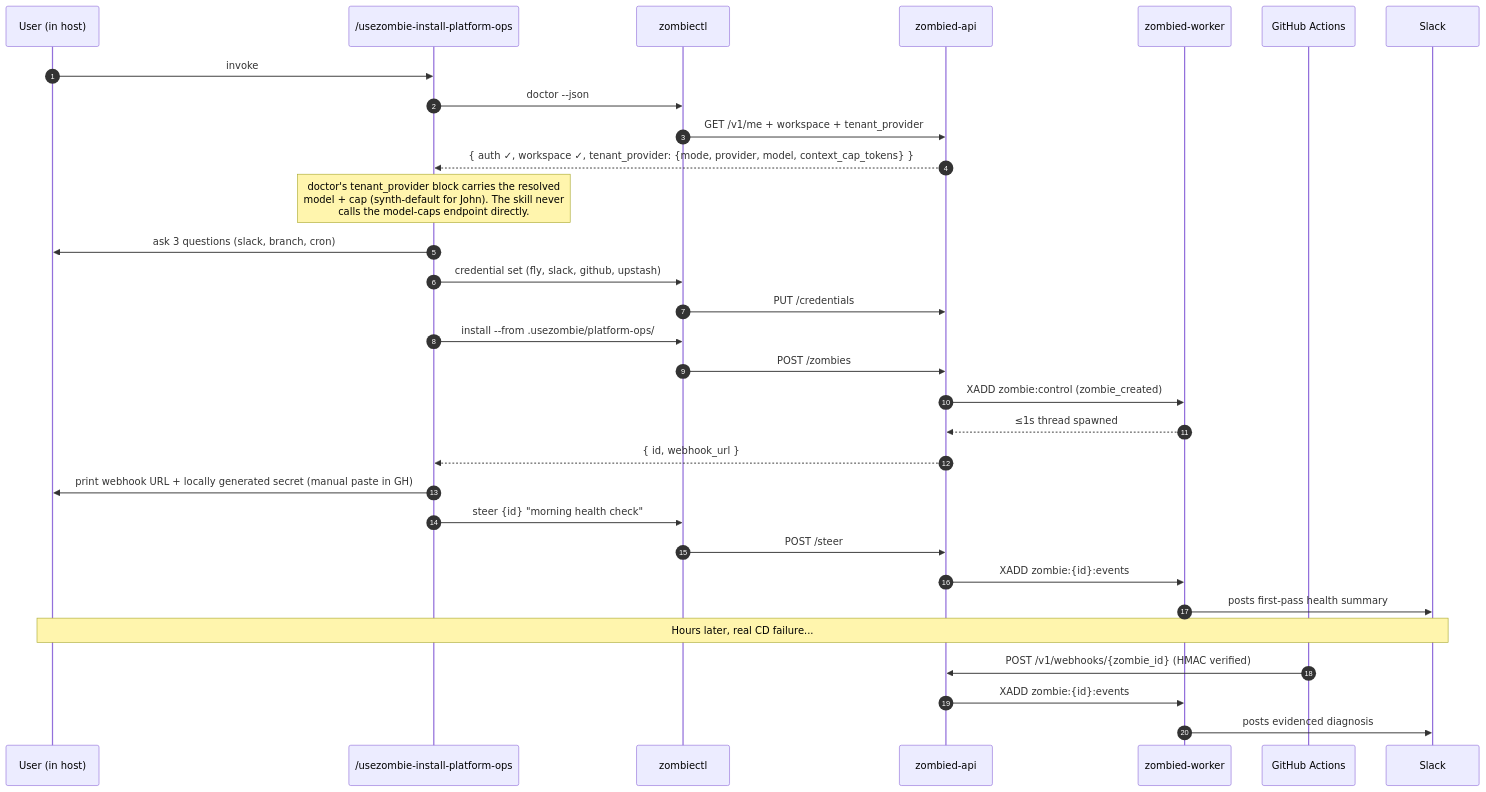
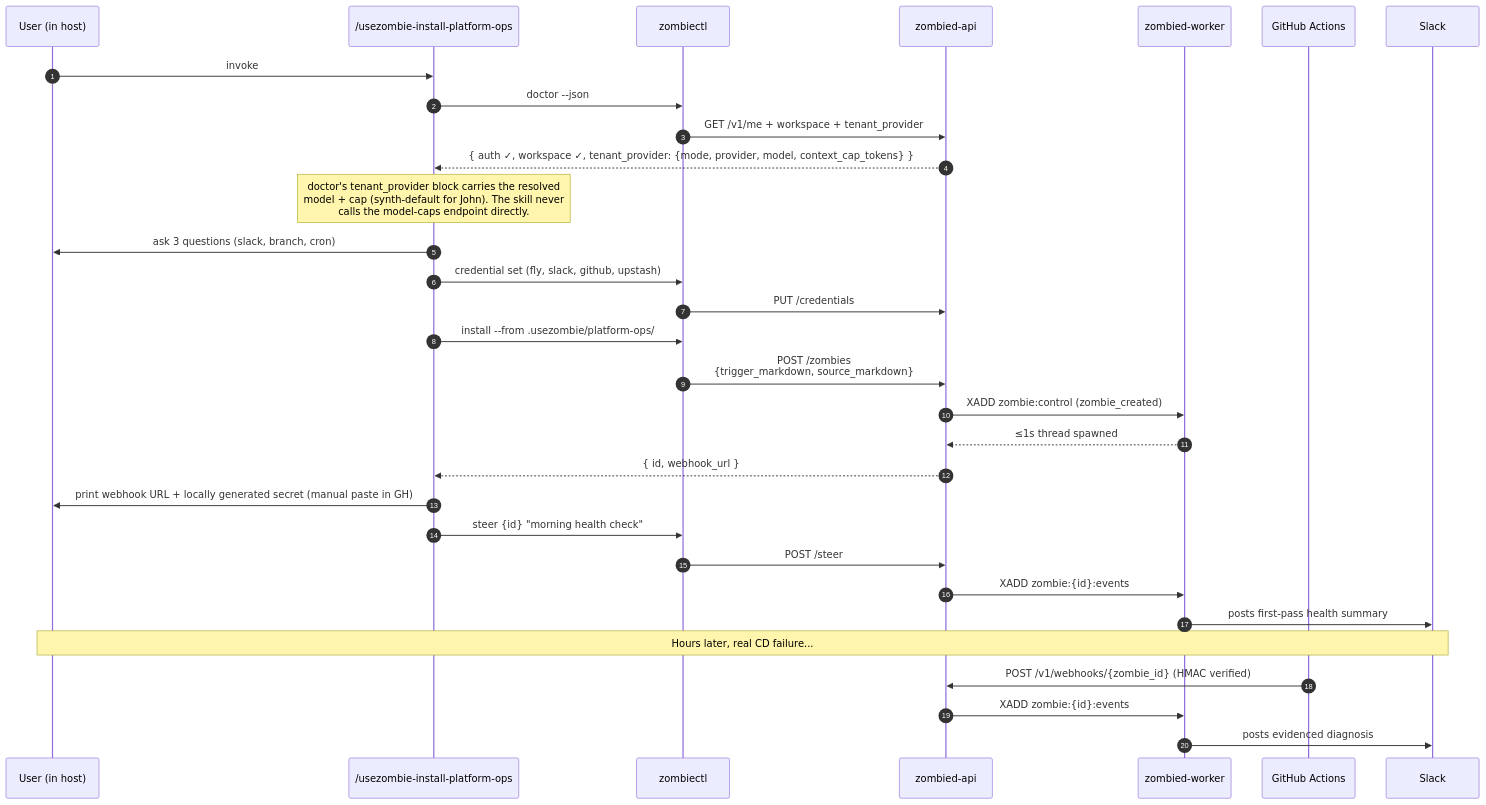
Before and after one commit to agentsfleet/agentsfleet: the diagram in docs/architecture/scenarios/01_default_install.md, drawn with Mermaid. The commit also changed other lines of this file and 40 other files, not shown here.

````diff
--- a/docs/architecture/scenarios/01_default_install.md
+++ b/docs/architecture/scenarios/01_default_install.md
@@ -13,34 +13,34 @@
 ```mermaid
 sequenceDiagram
     autonumber
     participant Op as User (in host)
     participant Skill as /usezombie-install-platform-ops
     participant CLI as zombiectl
     participant API as zombied-api
     participant Worker as zombied-worker
     participant GH as GitHub Actions
     participant Slack
 
     Op->>Skill: invoke
     Skill->>CLI: doctor --json
     CLI->>API: GET /v1/me + workspace + tenant_provider
     API-->>Skill: { auth ✓, workspace ✓, tenant_provider: {mode, provider, model, context_cap_tokens} }
     Note over Skill: doctor's tenant_provider block carries the resolved<br/>model + cap (synth-default for John). The skill never<br/>calls the model-caps endpoint directly.
     Skill->>Op: ask 3 questions (slack, branch, cron)
     Skill->>CLI: credential set (fly, slack, github, upstash)
     CLI->>API: PUT /credentials
     Skill->>CLI: install --from .usezombie/platform-ops/
-    CLI->>API: POST /zombies
+    CLI->>API: POST /zombies<br/>{trigger_markdown, source_markdown}
     API->>Worker: XADD zombie:control (zombie_created)
     Worker-->>API: ≤1s thread spawned
     API-->>Skill: { id, webhook_url }
     Skill->>Op: print webhook URL + locally generated secret (manual paste in GH)
     Skill->>CLI: steer {id} "morning health check"
     CLI->>API: POST /steer
     API->>Worker: XADD zombie:{id}:events
     Worker->>Slack: posts first-pass health summary
     Note over Op,Slack: Hours later, real CD failure...
     GH->>API: POST /v1/webhooks/{zombie_id} (HMAC verified)
     API->>Worker: XADD zombie:{id}:events
     Worker->>Slack: posts evidenced diagnosis
 ```
````
